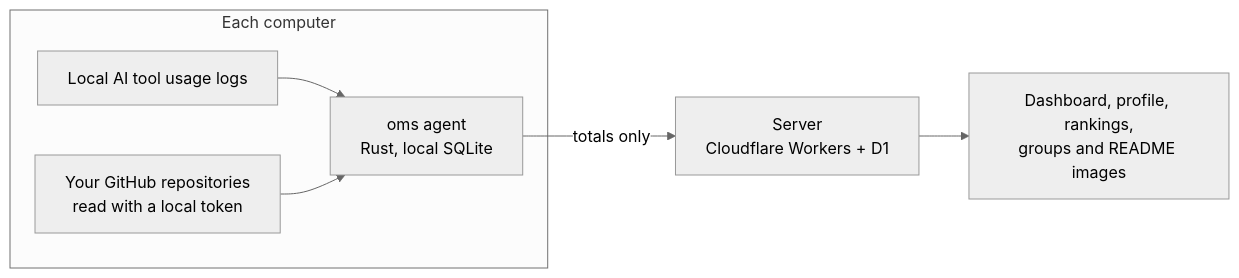
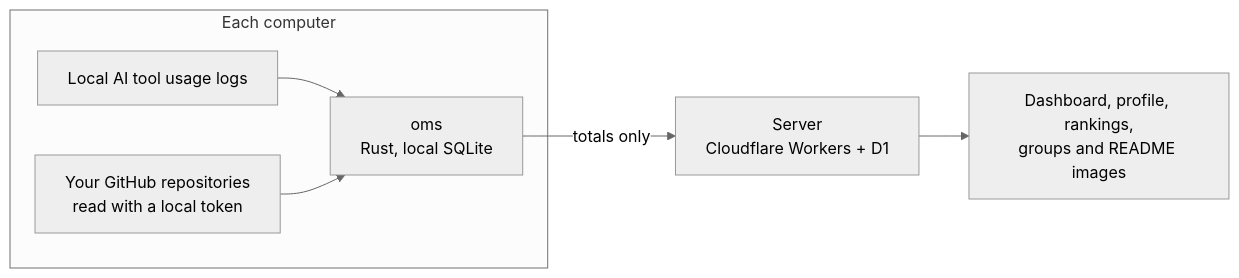
The diagram in README.md (saintlee83/oh-my-stats), drawn with Mermaid (neutral theme) before and after one commit. The commit also changed other lines of this file and 14 other files, not shown here.

First line of the commit message:
Call the program oms, not the agent, wherever people read about it

````diff
--- a/README.md
+++ b/README.md
@@ -49,9 +49,9 @@
 ```mermaid
 flowchart LR
   subgraph computer ["Each computer"]
-    logs["Local AI tool usage logs"] --> agent["oms agent<br/>Rust, local SQLite"]
-    repos["Your GitHub repositories<br/>read with a local token"] --> agent
+    logs["Local AI tool usage logs"] --> oms["oms<br/>Rust, local SQLite"]
+    repos["Your GitHub repositories<br/>read with a local token"] --> oms
   end
-  agent -- "totals only" --> server["Server<br/>Cloudflare Workers + D1"]
+  oms -- "totals only" --> server["Server<br/>Cloudflare Workers + D1"]
   server --> views["Dashboard, profile, rankings,<br/>groups and README images"]
 ```
````
